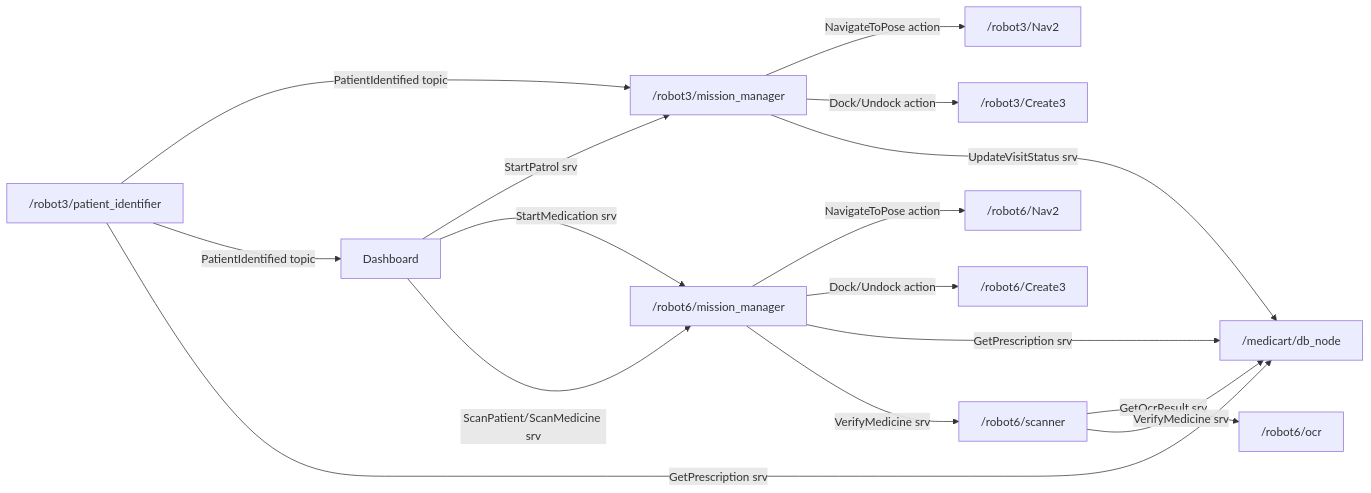
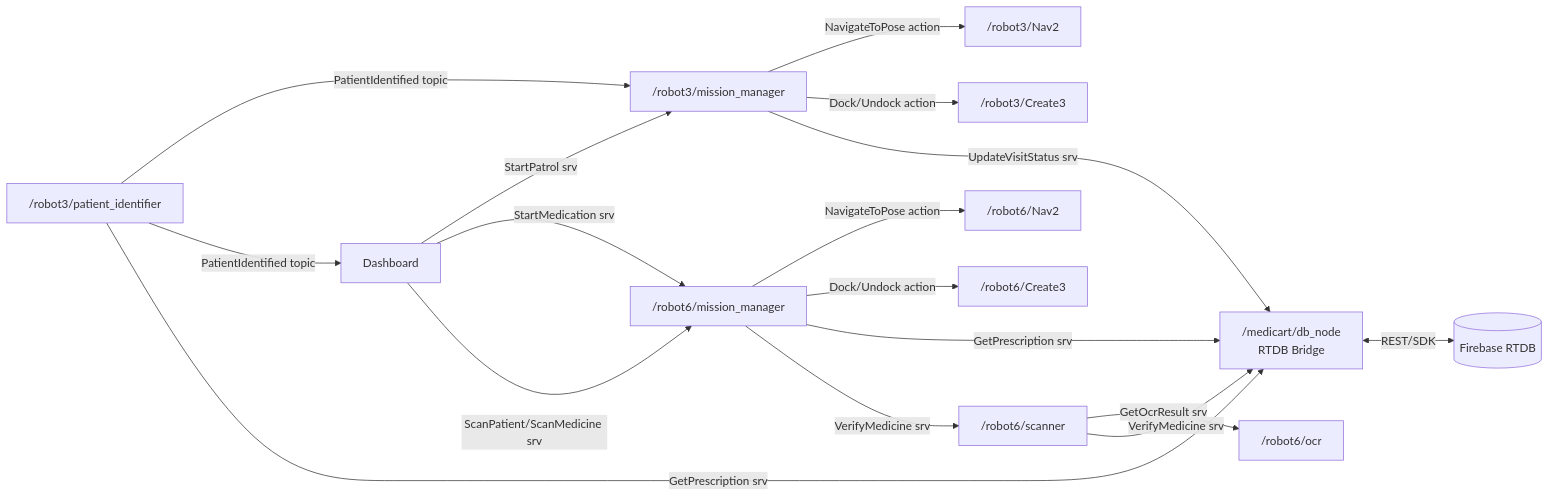
Before and after one commit to yevettee/MediCart: the fifth of 5 diagrams in docs/architecture/05_multi_robot_system_architecture.md, drawn with Mermaid. The commit also changed other lines of this file and 2 other files, not shown here.

````diff
--- a/docs/architecture/05_multi_robot_system_architecture.md
+++ b/docs/architecture/05_multi_robot_system_architecture.md
@@ -455,22 +1023,25 @@
 ```mermaid
 flowchart LR
     DASH["Dashboard"]
-    DB["/medicart/db_node"]
+    DB["/medicart/db_node<br/>RTDB Bridge"]
+    RTDB[("Firebase RTDB")]
+
+    DB <-->|REST/SDK| RTDB
 
     DASH -->|StartPatrol srv| MM3["/robot3/mission_manager"]
     MM3 -->|NavigateToPose action| NAV3["/robot3/Nav2"]
     MM3 -->|Dock/Undock action| DOCK3["/robot3/Create3"]
     PI3["/robot3/patient_identifier"] -->|PatientIdentified topic| MM3
     PI3 -->|PatientIdentified topic| DASH
     MM3 -->|UpdateVisitStatus srv| DB
     PI3 -->|GetPrescription srv| DB
 
     DASH -->|StartMedication srv| MM6["/robot6/mission_manager"]
     DASH -->|ScanPatient/ScanMedicine srv| MM6
     MM6 -->|NavigateToPose action| NAV6["/robot6/Nav2"]
     MM6 -->|Dock/Undock action| DOCK6["/robot6/Create3"]
     MM6 -->|GetPrescription srv| DB
     MM6 -->|VerifyMedicine srv| SC6["/robot6/scanner"]
     SC6 -->|GetOcrResult srv| OCR6["/robot6/ocr"]
     SC6 -->|VerifyMedicine srv| DB
 ```
````
